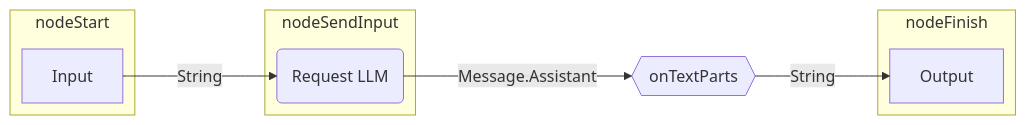
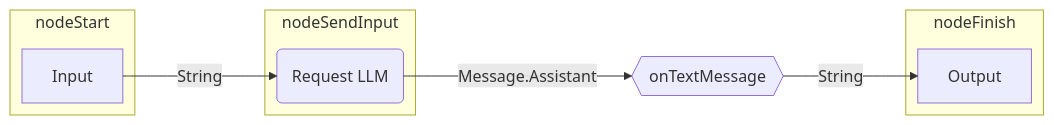
The second of 2 diagrams in docs/docs/agents/graph-based-agents.md (JetBrains/koog), drawn with Mermaid before and after one commit. The commit also changed other lines of this file and 31 other files, not shown here.

````diff
--- a/docs/docs/agents/graph-based-agents.md
+++ b/docs/docs/agents/graph-based-agents.md
@@ -337,21 +337,21 @@
 ```mermaid
 ---
 config:
   flowchart:
     defaultRenderer: "elk"
 ---
 graph LR
     subgraph nodeStart
         Input
     end
     
     subgraph nodeFinish
         Output
     end
     
     subgraph nodeSendInput
         llmRequest(Request LLM)
     end
     
-    Input --String--> llmRequest --Message.Assistant--> onTextParts{{onTextParts}} --String--> Output
+    Input --String--> llmRequest --Message.Assistant--> onTextMessage{{onTextMessage}} --String--> Output
 ```
````
